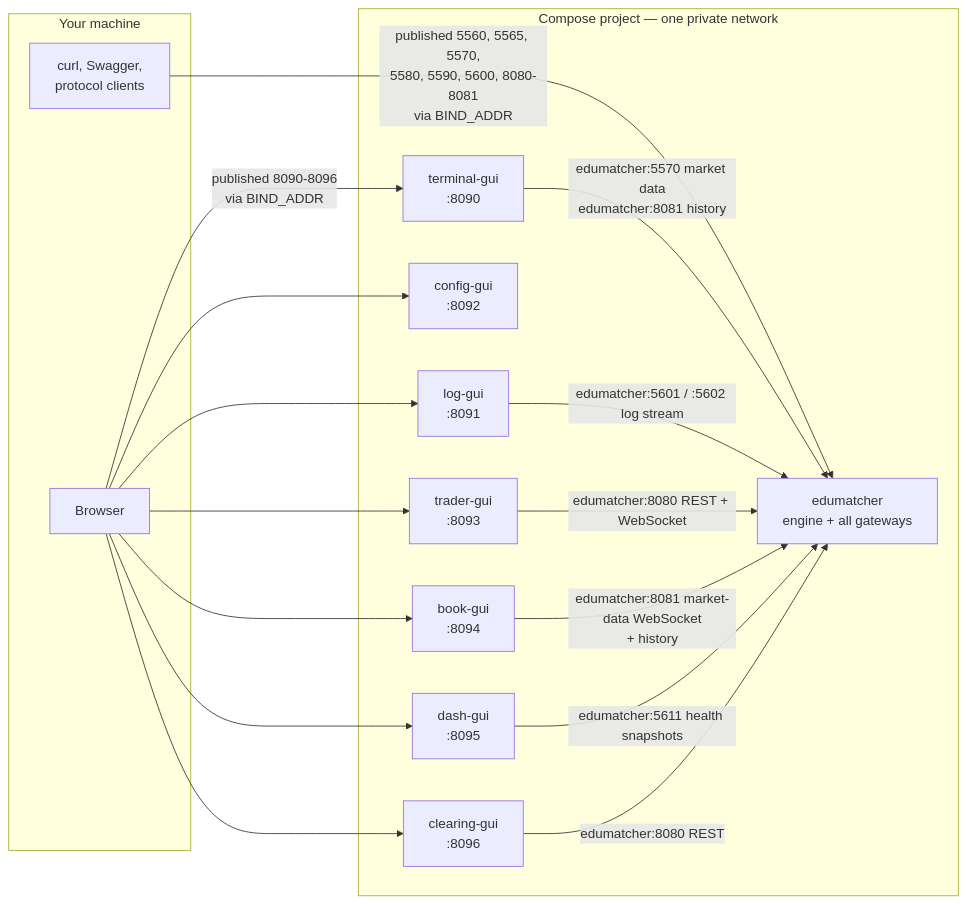
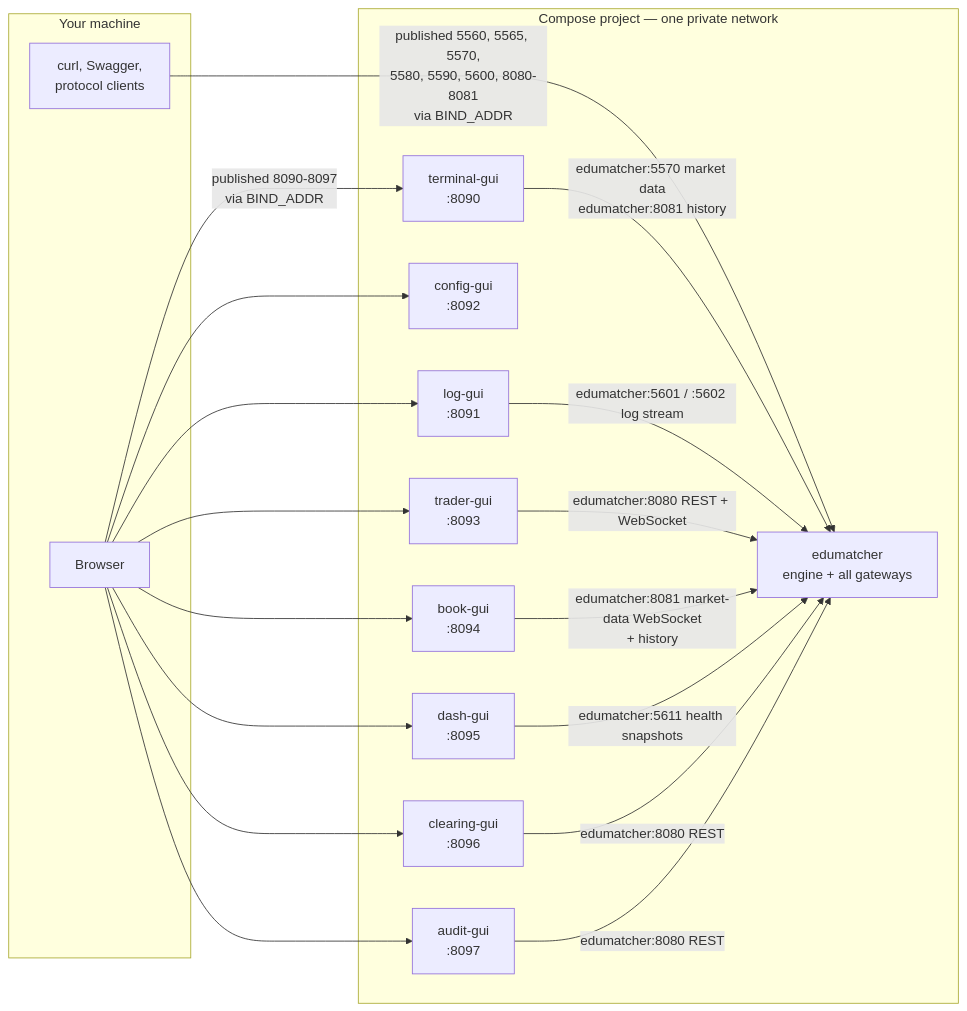
One commit to johan162/EduMatcher changed the first of 3 diagrams in docs/books/operator-guide/part-1-install-and-deploy/010-installation.md. Above: the diagram before and after it, drawn with Mermaid. The commit also changed other lines of this file and 39 other files, not shown here.

First line of the commit message:
feat(audit-gui): AG7 R0 acceptance, help, holistic review

````diff
--- a/docs/books/operator-guide/part-1-install-and-deploy/010-installation.md
+++ b/docs/books/operator-guide/part-1-install-and-deploy/010-installation.md
@@ -406,34 +409,37 @@
 ```mermaid
 flowchart LR
     subgraph host["Your machine"]
         BROWSER["Browser"]
         CLIENT["curl, Swagger,\nprotocol clients"]
     end
 
     subgraph project["Compose project — one private network"]
         TERM["terminal-gui\n:8090"]
         LOG["log-gui\n:8091"]
         CFG["config-gui\n:8092"]
         TRD["trader-gui\n:8093"]
         BOOK["book-gui\n:8094"]
         DASH["dash-gui\n:8095"]
         CLR["clearing-gui\n:8096"]
+        AUD["audit-gui\n:8097"]
         BE["edumatcher\nengine + all gateways"]
     end
 
-    BROWSER -->|"published 8090-8096\nvia BIND_ADDR"| TERM
+    BROWSER -->|"published 8090-8097\nvia BIND_ADDR"| TERM
     BROWSER --> LOG
     BROWSER --> CFG
     BROWSER --> TRD
     BROWSER --> BOOK
     BROWSER --> DASH
     BROWSER --> CLR
+    BROWSER --> AUD
     CLIENT -->|"published 5560, 5565, 5570,\n5580, 5590, 5600, 8080-8081\nvia BIND_ADDR"| BE
 
     TERM -->|"edumatcher:5570 market data\nedumatcher:8081 history"| BE
     LOG -->|"edumatcher:5601 / :5602 log stream"| BE
     TRD -->|"edumatcher:8080 REST + WebSocket"| BE
     BOOK -->|"edumatcher:8081 market-data WebSocket\n+ history"| BE
     DASH -->|"edumatcher:5611 health snapshots"| BE
     CLR -->|"edumatcher:8080 REST"| BE
+    AUD -->|"edumatcher:8080 REST"| BE
 ```
````
